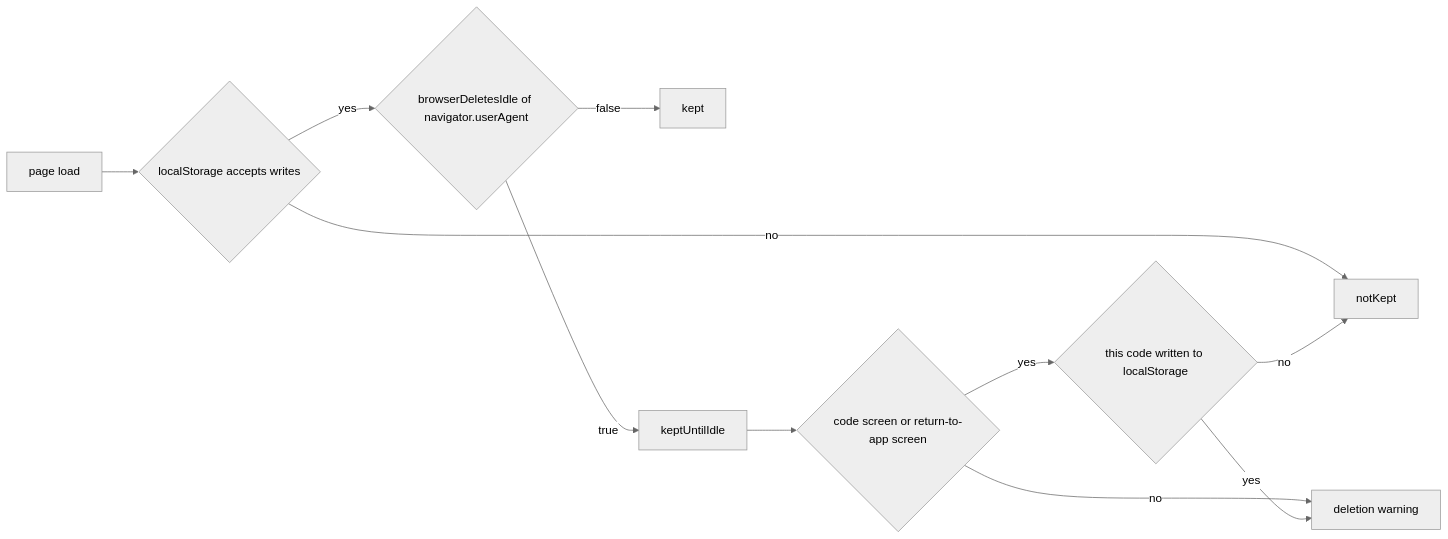
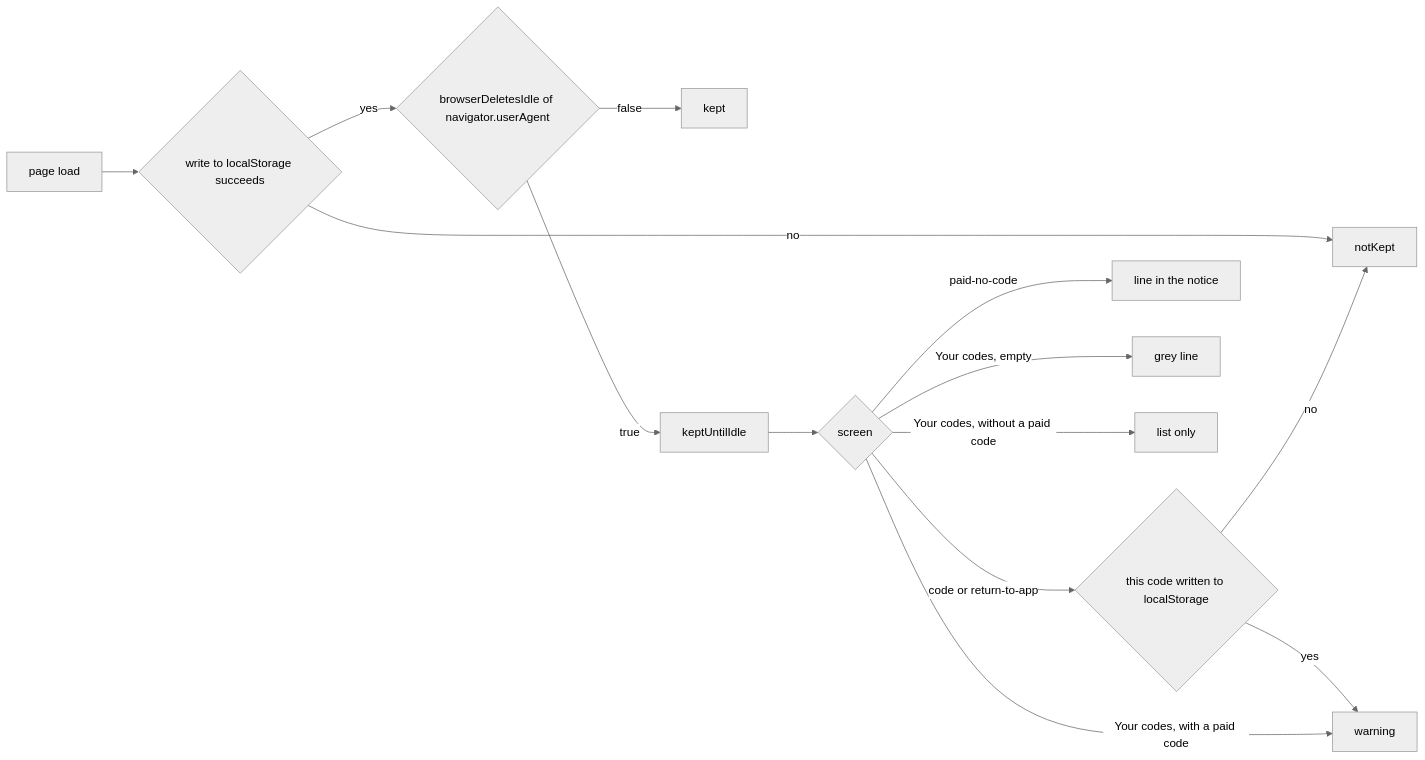
One commit to simplex-chat/simplex-chat changed the diagram in plans/2026-11-17-badges-browser-deletes-codes.md. Above: the diagram before and after it, drawn with Mermaid (neutral theme). The commit also changed other lines of this file, not shown here.

Commit message:
plans: badges warning branches per screen, test user agents

````diff
--- a/plans/2026-11-17-badges-browser-deletes-codes.md
+++ b/plans/2026-11-17-badges-browser-deletes-codes.md
@@ -46,13 +49,16 @@
 ```mermaid
 flowchart LR
-  load[page load] --> w0{localStorage accepts writes}
+  load[page load] --> w0{write to localStorage succeeds}
   w0 -->|no| nk[notKept]
   w0 -->|yes| d{browserDeletesIdle of navigator.userAgent}
   d -->|false| k[kept]
   d -->|true| u[keptUntilIdle]
-  u --> s{code screen or return-to-app screen}
-  s -->|no| warn[deletion warning]
-  s -->|yes| c{this code written to localStorage}
-  c -->|yes| warn
+  u --> s{screen}
+  s -->|code or return-to-app| c{this code written to localStorage}
+  c -->|yes| box[warning]
   c -->|no| nk
+  s -->|paid-no-code| notice[line in the notice]
+  s -->|Your codes, empty| grey[grey line]
+  s -->|Your codes, with a paid code| box
+  s -->|Your codes, without a paid code| plain[list only]
 ```
````
